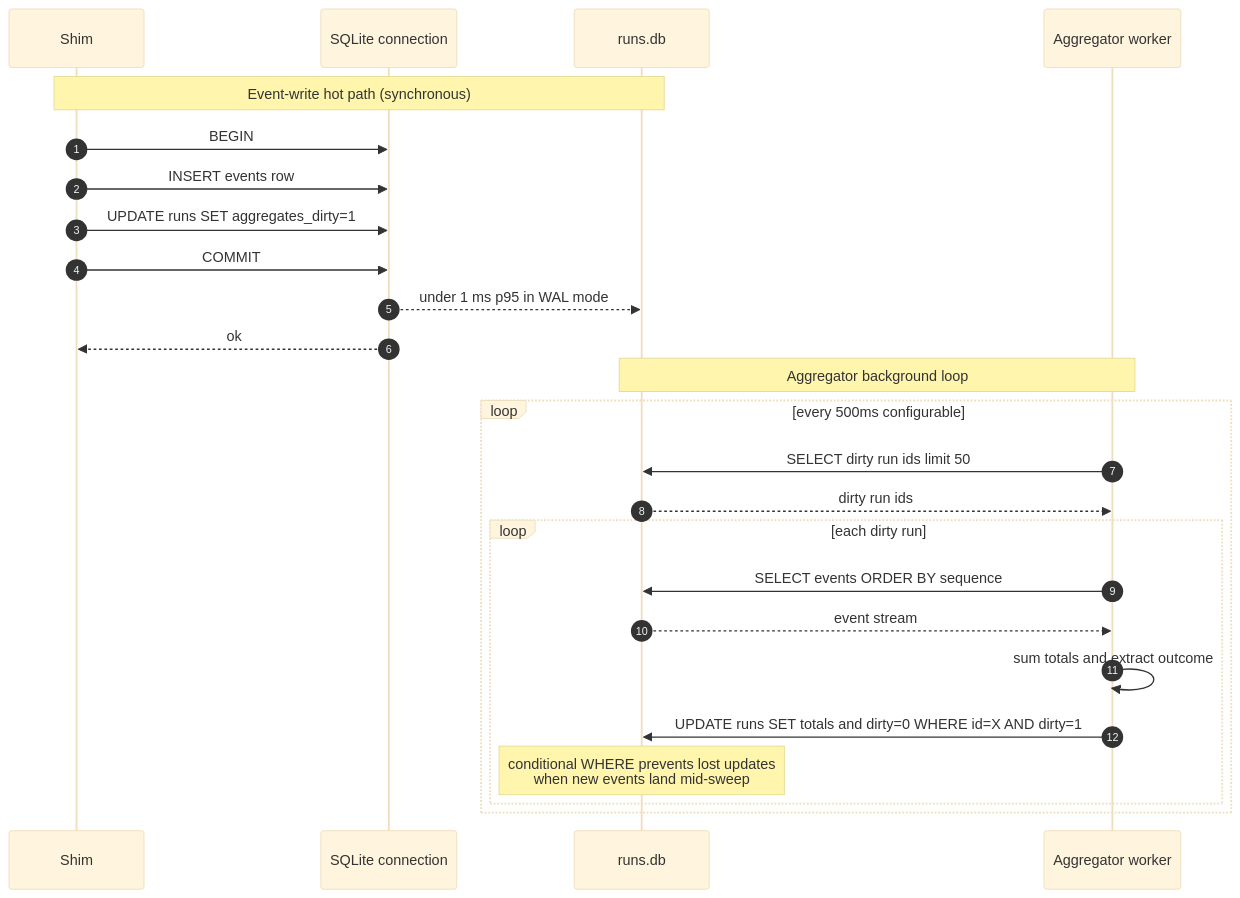
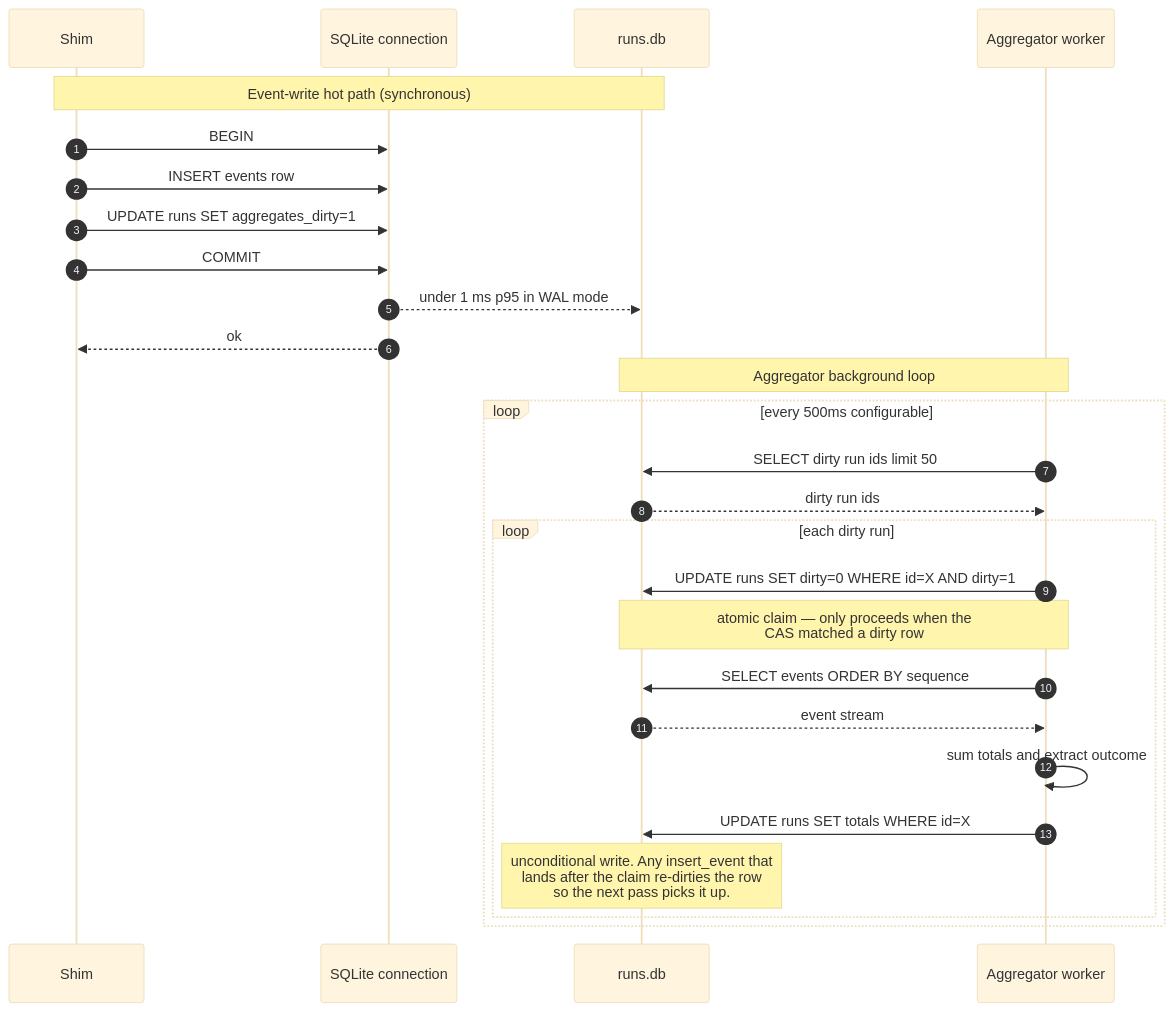
Before and after one commit to inkfoot/InkFoot: the sixth of 10 diagrams in docs/planned/phase0/phase-0-classify.md, drawn with Mermaid (base theme). The commit also changed other lines of this file and 27 other files, not shown here.

````diff
--- a/docs/planned/phase0/phase-0-classify.md
+++ b/docs/planned/phase0/phase-0-classify.md
@@ -614,29 +614,31 @@
 ```mermaid
 sequenceDiagram
   autonumber
   participant Shim
   participant Conn as SQLite connection
   participant DB as runs.db
   participant Worker as Aggregator worker
 
   Note over Shim,DB: Event-write hot path (synchronous)
   Shim->>Conn: BEGIN
   Shim->>Conn: INSERT events row
   Shim->>Conn: UPDATE runs SET aggregates_dirty=1
   Shim->>Conn: COMMIT
   Conn-->>DB: under 1 ms p95 in WAL mode
   Conn-->>Shim: ok
 
   Note over Worker,DB: Aggregator background loop
   loop every 500ms configurable
     Worker->>DB: SELECT dirty run ids limit 50
     DB-->>Worker: dirty run ids
     loop each dirty run
+      Worker->>DB: UPDATE runs SET dirty=0 WHERE id=X AND dirty=1
+      Note over Worker,DB: atomic claim — only proceeds when the<br/>CAS matched a dirty row
       Worker->>DB: SELECT events ORDER BY sequence
       DB-->>Worker: event stream
       Worker->>Worker: sum totals and extract outcome
-      Worker->>DB: UPDATE runs SET totals and dirty=0 WHERE id=X AND dirty=1
-      Note over DB: conditional WHERE prevents lost updates<br/>when new events land mid-sweep
+      Worker->>DB: UPDATE runs SET totals WHERE id=X
+      Note over DB: unconditional write. Any insert_event that<br/>lands after the claim re-dirties the row<br/>so the next pass picks it up.
     end
   end
 ```
````
